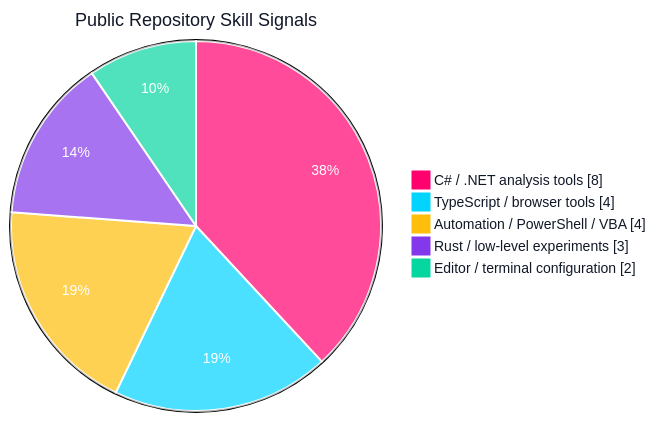
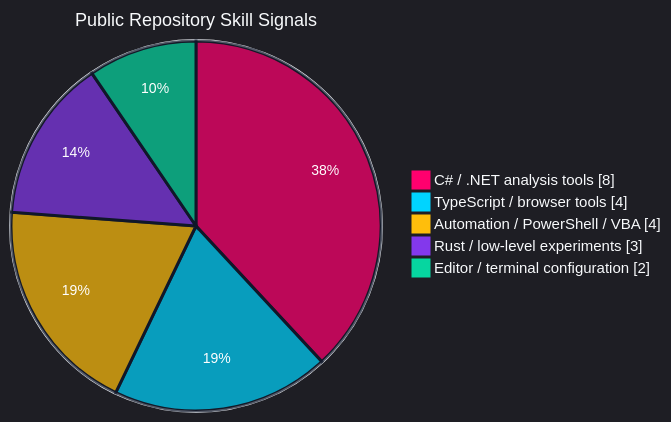
Before and after one commit to SSsan-00/SSsan-00: the first of 4 diagrams in README.md, drawn with Mermaid. The commit also changed other lines of this file, not shown here.

Commit message:
Improve pie chart label contrast

````diff
--- a/README.md
+++ b/README.md
@@ -32,10 +32,10 @@
 ```mermaid
-%%{init: {"theme": "base", "themeVariables": {"pie1": "#ff006e", "pie2": "#00d4ff", "pie3": "#ffbe0b", "pie4": "#8338ec", "pie5": "#06d6a0", "pieStrokeColor": "#ffffff", "pieStrokeWidth": "2px", "pieOuterStrokeWidth": "2px", "pieTitleTextColor": "#111827", "pieTitleTextSize": "18px", "pieLegendTextColor": "#111827", "pieLegendTextSize": "14px", "pieSectionTextColor": "#ffffff", "pieSectionTextSize": "14px"}}}%%
+%%{init: {"theme": "dark", "themeVariables": {"background": "#0f172a", "mainBkg": "#0f172a", "textColor": "#f8fafc", "primaryTextColor": "#f8fafc", "pie1": "#ff006e", "pie2": "#00d4ff", "pie3": "#ffbe0b", "pie4": "#8338ec", "pie5": "#06d6a0", "pieStrokeColor": "#0f172a", "pieStrokeWidth": "3px", "pieOuterStrokeColor": "#f8fafc", "pieOuterStrokeWidth": "2px", "pieTitleTextColor": "#f8fafc", "pieTitleTextSize": "18px", "pieLegendTextColor": "#f8fafc", "pieLegendTextSize": "15px", "pieSectionTextColor": "#ffffff", "pieSectionTextSize": "14px"}}}%%
 pie showData
   title Public Repository Skill Signals
   "C# / .NET analysis tools" : 8
   "TypeScript / browser tools" : 4
   "Automation / PowerShell / VBA" : 4
   "Rust / low-level experiments" : 3
   "Editor / terminal configuration" : 2
 ```
````
